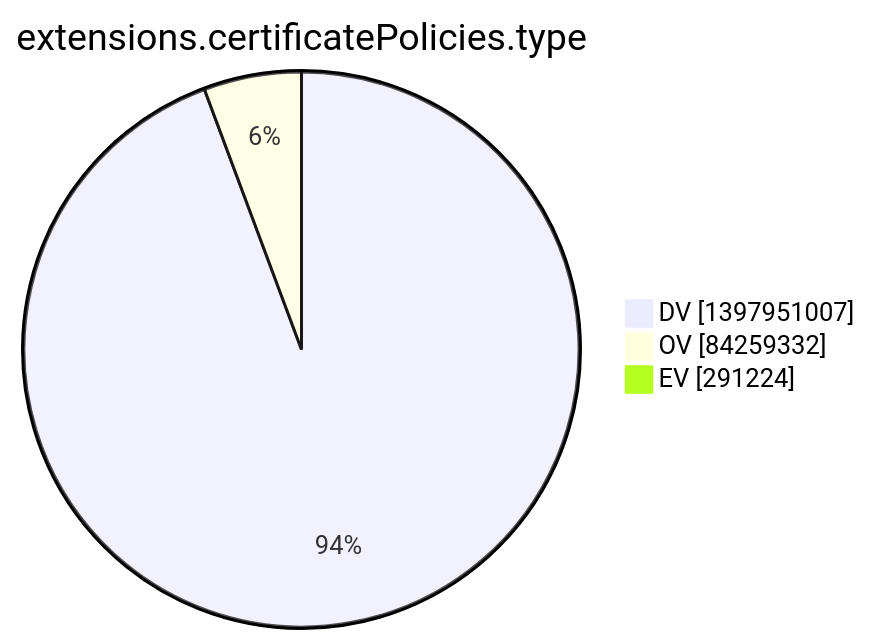
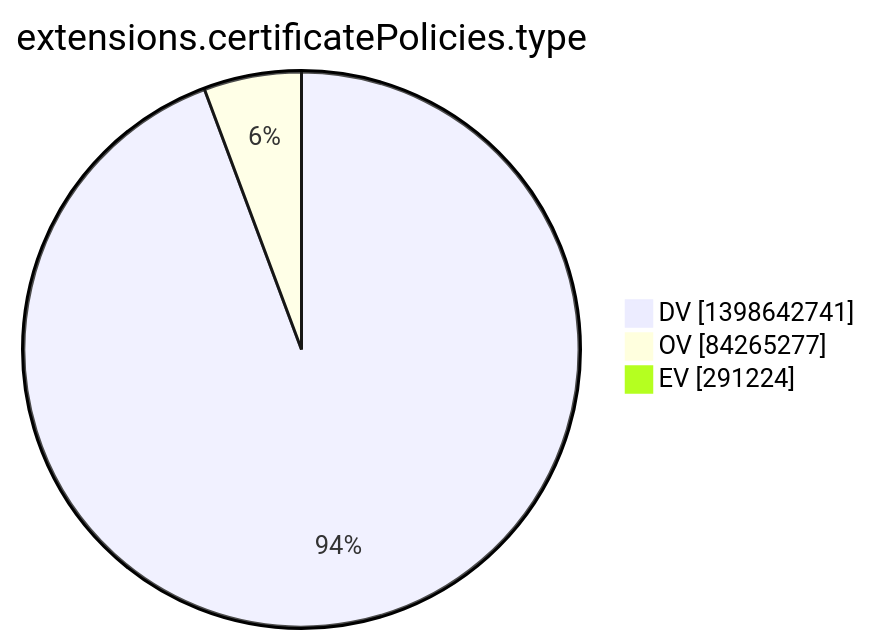
Before and after one commit to christiankrug/ctmonitor_visualization: the tenth of 15 diagrams in argon2022/README.md, drawn with Mermaid. The commit also changed other lines of this file, not shown here.

````diff
--- a/argon2022/README.md
+++ b/argon2022/README.md
@@ -2773,7 +2773,7 @@
 ```mermaid
 pie showData
 title extensions.certificatePolicies.type
-"DV" :1397951007
-"OV" :84259332
+"DV" :1398642741
+"OV" :84265277
 "EV" :291224
 ```
````
